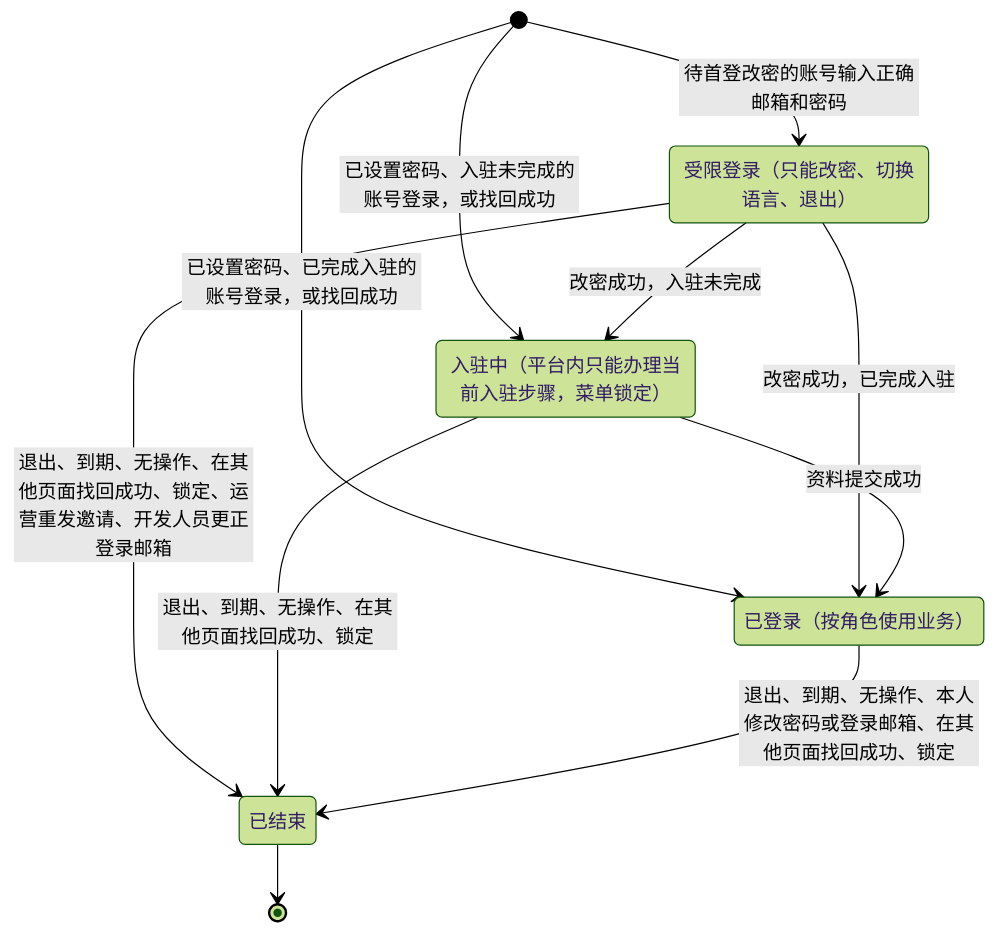
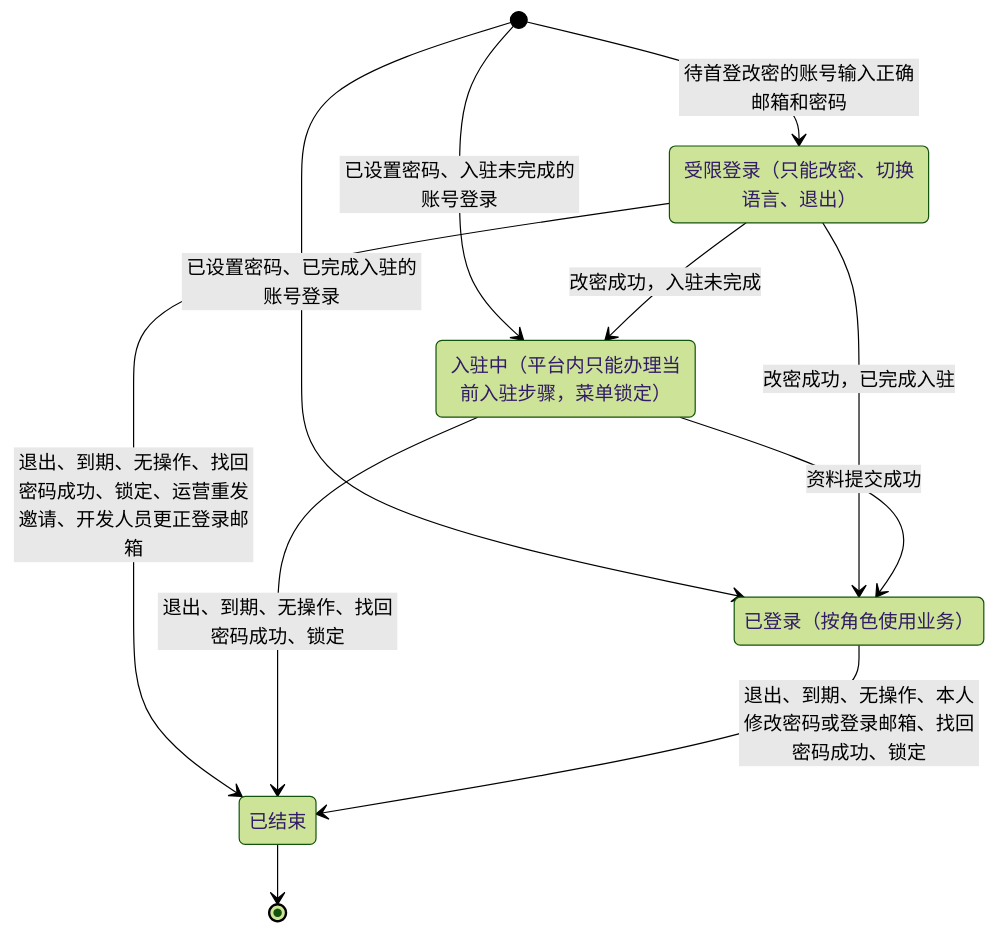
Before and after one commit to wxblockchain/Chain-Financing: diagram 11 of 11 in asset-trust-platform/PRD/企业端/M1-企业登录与首次入驻/02-企业登录与首次入驻-流程图与状态机.md, drawn with Mermaid (forest theme). The commit also changed other lines of this file and 4 other files, not shown here.

````diff
--- a/asset-trust-platform/PRD/企业端/M1-企业登录与首次入驻/02-企业登录与首次入驻-流程图与状态机.md
+++ b/asset-trust-platform/PRD/企业端/M1-企业登录与首次入驻/02-企业登录与首次入驻-流程图与状态机.md
@@ -279,17 +279,17 @@
 ```mermaid
 stateDiagram-v2
     state "受限登录（只能改密、切换语言、退出）" as R
     state "入驻中（平台内只能办理当前入驻步骤，菜单锁定）" as O
     state "已登录（按角色使用业务）" as L
     state "已结束" as E
     [*] --> R: 待首登改密的账号输入正确邮箱和密码
-    [*] --> O: 已设置密码、入驻未完成的账号登录，或找回成功
-    [*] --> L: 已设置密码、已完成入驻的账号登录，或找回成功
+    [*] --> O: 已设置密码、入驻未完成的账号登录
+    [*] --> L: 已设置密码、已完成入驻的账号登录
     R --> O: 改密成功，入驻未完成
     R --> L: 改密成功，已完成入驻
     O --> L: 资料提交成功
-    R --> E: 退出、到期、无操作、在其他页面找回成功、锁定、运营重发邀请、开发人员更正登录邮箱
-    O --> E: 退出、到期、无操作、在其他页面找回成功、锁定
-    L --> E: 退出、到期、无操作、本人修改密码或登录邮箱、在其他页面找回成功、锁定
+    R --> E: 退出、到期、无操作、找回密码成功、锁定、运营重发邀请、开发人员更正登录邮箱
+    O --> E: 退出、到期、无操作、找回密码成功、锁定
+    L --> E: 退出、到期、无操作、本人修改密码或登录邮箱、找回密码成功、锁定
     E --> [*]
 ```
````
